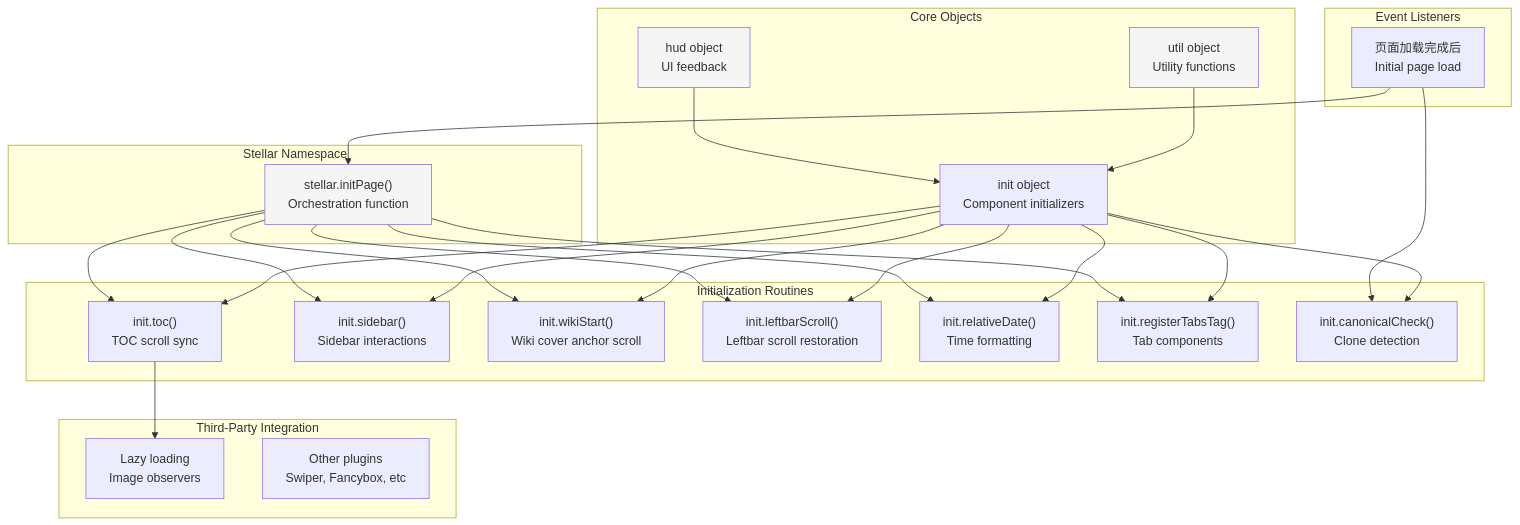
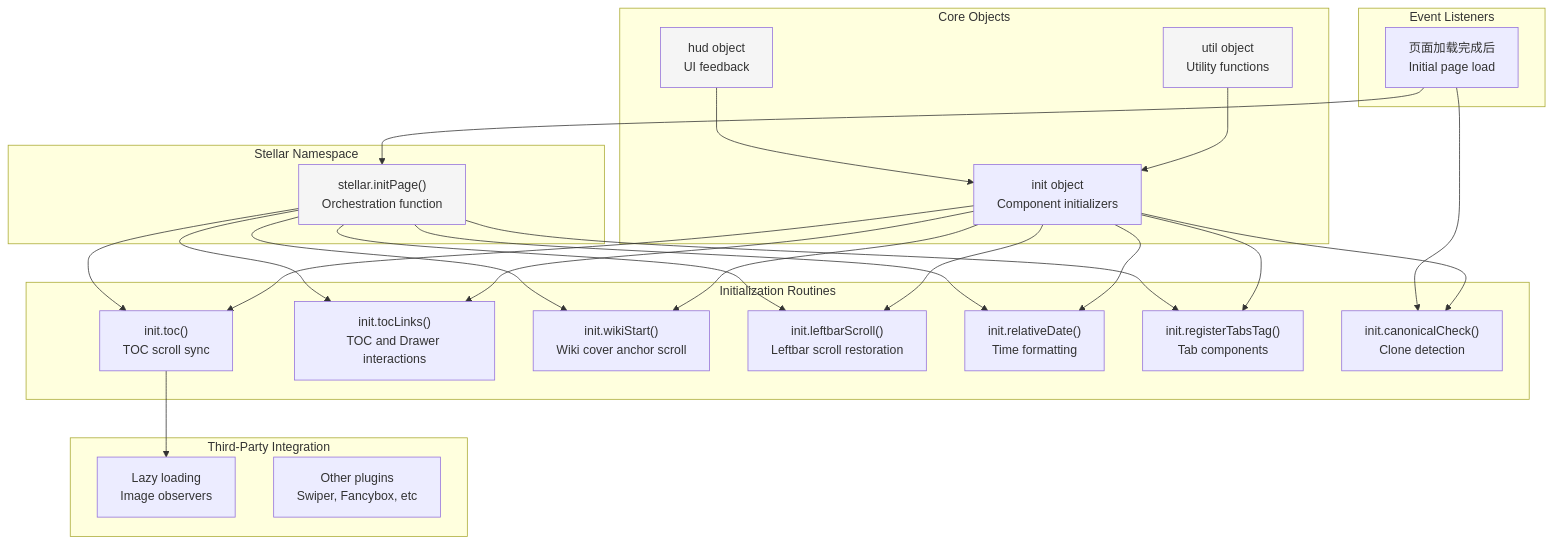
The first of 4 diagrams in docs/knowledge/05-前端交互/client-side-overview.md (xaoxuu/hexo-theme-stellar), drawn with Mermaid before and after one commit. The commit also changed other lines of this file and 287 other files, not shown here.

````diff
--- a/docs/knowledge/05-前端交互/client-side-overview.md
+++ b/docs/knowledge/05-前端交互/client-side-overview.md
@@ -47,58 +47,58 @@
 ```mermaid
 graph TB
     subgraph "Core Objects"
         util["util object<br/>Utility functions"]
         hud["hud object<br/>UI feedback"]
         init["init object<br/>Component initializers"]
     end
     
     subgraph "Stellar Namespace"
         stellarInit["stellar.initPage()<br/>Orchestration function"]
     end
     
     subgraph "Event Listeners"
         DOMLoad["页面加载完成后<br/>Initial page load"]
     end
     
     subgraph "Initialization Routines"
         initTOC["init.toc()<br/>TOC scroll sync"]
-        initSidebar["init.sidebar()<br/>Sidebar interactions"]
+        initTocLinks["init.tocLinks()<br/>TOC and Drawer interactions"]
         initWikiStart["init.wikiStart()<br/>Wiki cover anchor scroll"]
         initLeftbarScroll["init.leftbarScroll()<br/>Leftbar scroll restoration"]
         initRelativeDate["init.relativeDate()<br/>Time formatting"]
         initTabs["init.registerTabsTag()<br/>Tab components"]
         initCanonical["init.canonicalCheck()<br/>Clone detection"]
     end
     
     subgraph "Third-Party Integration"
         LazyLoad["Lazy loading<br/>Image observers"]
         Plugins["Other plugins<br/>Swiper, Fancybox, etc"]
     end
     
     util --> init
     hud --> init
     
     init --> initTOC
-    init --> initSidebar
+    init --> initTocLinks
     init --> initWikiStart
     init --> initLeftbarScroll
     init --> initRelativeDate
     init --> initTabs
     init --> initCanonical
     
     DOMLoad --> stellarInit
     DOMLoad --> initCanonical
     
     stellarInit --> initTOC
-    stellarInit --> initSidebar
+    stellarInit --> initTocLinks
     stellarInit --> initWikiStart
     stellarInit --> initLeftbarScroll
     stellarInit --> initRelativeDate
     stellarInit --> initTabs
     
     initTOC --> LazyLoad
     
     style stellarInit fill:#f5f5f5
     style util fill:#f5f5f5
     style hud fill:#f5f5f5
 ```
````
